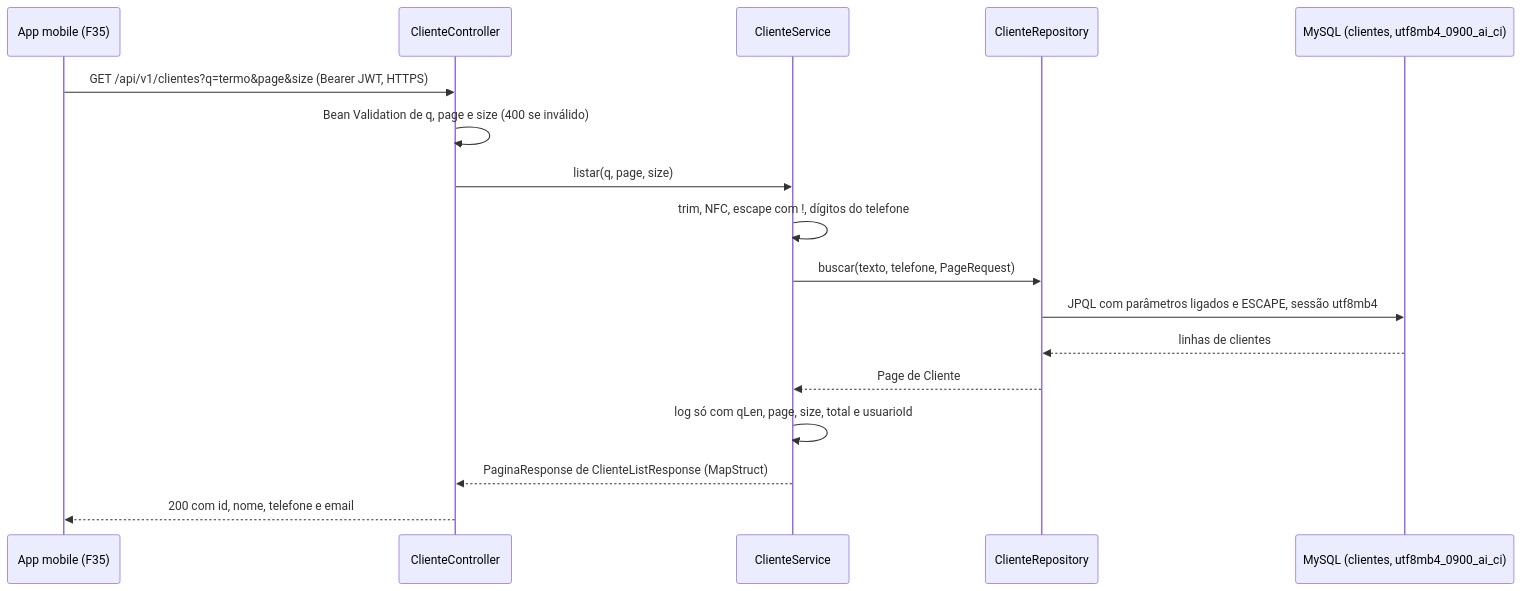
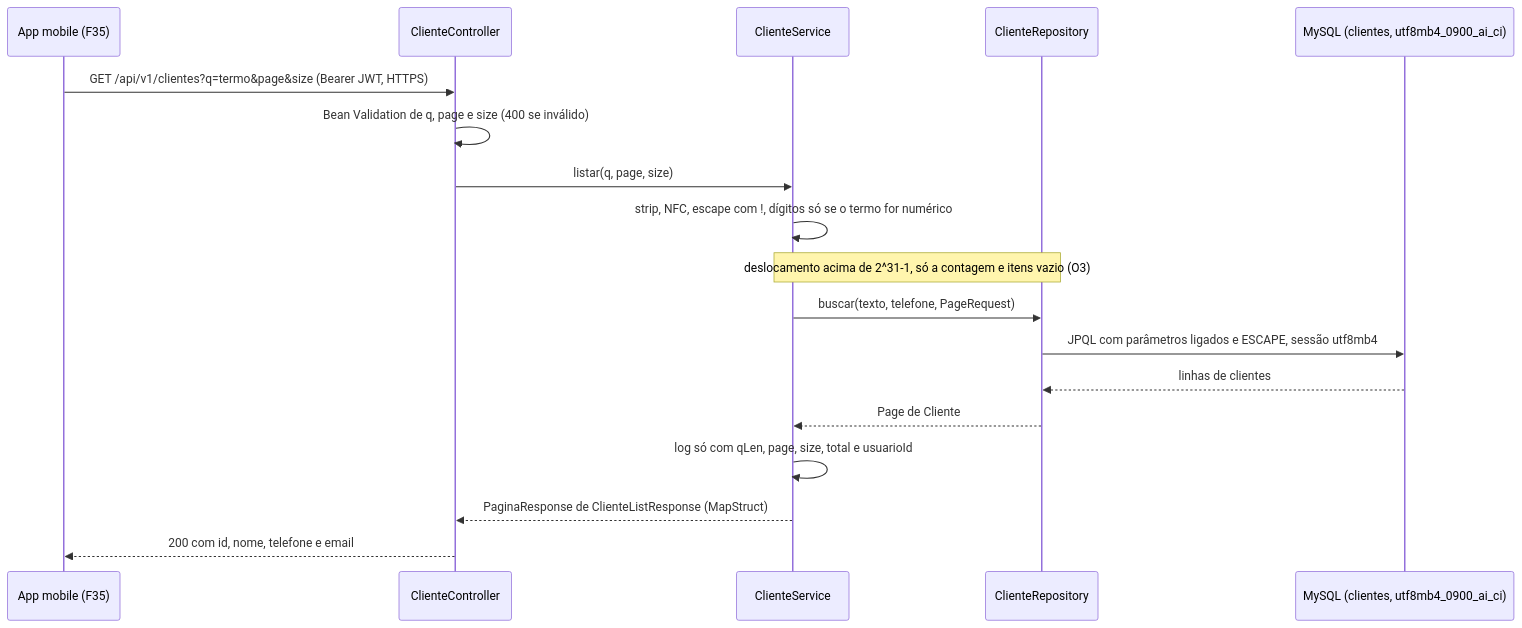
Before and after one commit to Leticia-Emily-Moraes/mecanica-sao-jorge: the diagram in docs/architecture/adr/ADR-017-padronizar-listagem-com-busca-e-paginacao.md, drawn with Mermaid. The commit also changed other lines of this file and 1 other file, not shown here.

````diff
--- a/docs/architecture/adr/ADR-017-padronizar-listagem-com-busca-e-paginacao.md
+++ b/docs/architecture/adr/ADR-017-padronizar-listagem-com-busca-e-paginacao.md
@@ -192,19 +277,20 @@
 ```mermaid
 sequenceDiagram
     participant App as App mobile (F35)
     participant Ctl as ClienteController
     participant Svc as ClienteService
     participant Repo as ClienteRepository
     participant DB as MySQL (clientes, utf8mb4_0900_ai_ci)
     App->>Ctl: GET /api/v1/clientes?q=termo&page&size (Bearer JWT, HTTPS)
     Ctl->>Ctl: Bean Validation de q, page e size (400 se inválido)
     Ctl->>Svc: listar(q, page, size)
-    Svc->>Svc: trim, NFC, escape com !, dígitos do telefone
+    Svc->>Svc: strip, NFC, escape com !, dígitos só se o termo for numérico
+    Note over Svc,Repo: deslocamento acima de 2^31-1, só a contagem e itens vazio (O3)
     Svc->>Repo: buscar(texto, telefone, PageRequest)
     Repo->>DB: JPQL com parâmetros ligados e ESCAPE, sessão utf8mb4
     DB-->>Repo: linhas de clientes
     Repo-->>Svc: Page de Cliente
     Svc->>Svc: log só com qLen, page, size, total e usuarioId
     Svc-->>Ctl: PaginaResponse de ClienteListResponse (MapStruct)
     Ctl-->>App: 200 com id, nome, telefone e email
 ```
````
